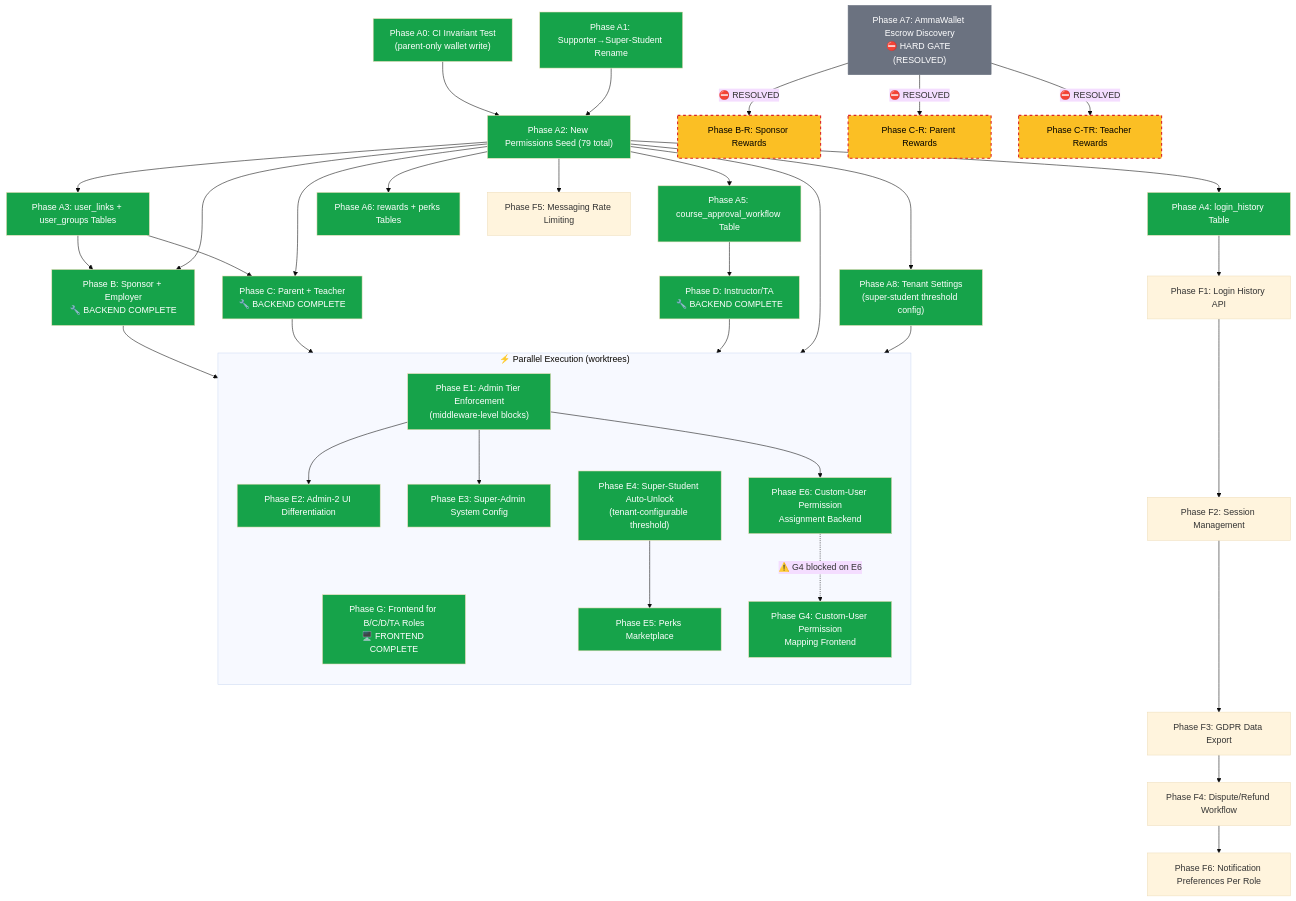
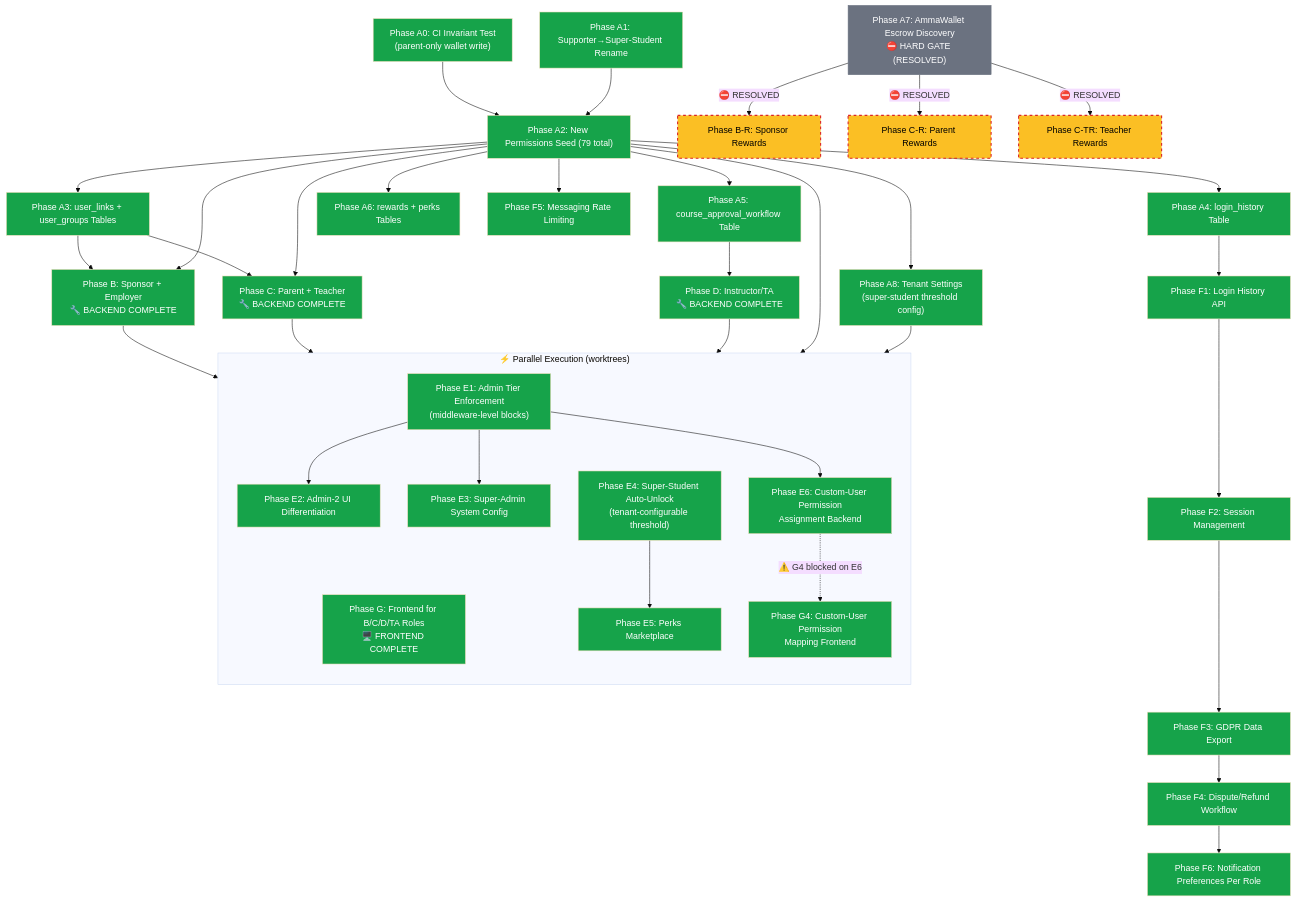
The diagram in docs/superpowers/diagrams/phase-dependency.md (SM-Web-Systems/lms-crypto-production), drawn with Mermaid (base theme) before and after one commit. The commit also changed 1 other file, not shown here.

Commit message:
docs: mark Phase F complete — 853/853 backend, 193/193 frontend, all F1-F6 done

```diff
--- a/docs/superpowers/diagrams/phase-dependency.md
+++ b/docs/superpowers/diagrams/phase-dependency.md
@@ -112,6 +112,14 @@
     style E4 fill:#16a34a,color:#fff
     style E5 fill:#16a34a,color:#fff
 
+    %% COMPLETE — Phase F Cross-Cutting Features (2026-08-13)
+    style F1 fill:#16a34a,color:#fff
+    style F2 fill:#16a34a,color:#fff
+    style F3 fill:#16a34a,color:#fff
+    style F4 fill:#16a34a,color:#fff
+    style F5 fill:#16a34a,color:#fff
+    style F6 fill:#16a34a,color:#fff
+
     %% Resolved gate
     style A7 fill:#6b7280,color:#fff,stroke:#6b7280
 
```
